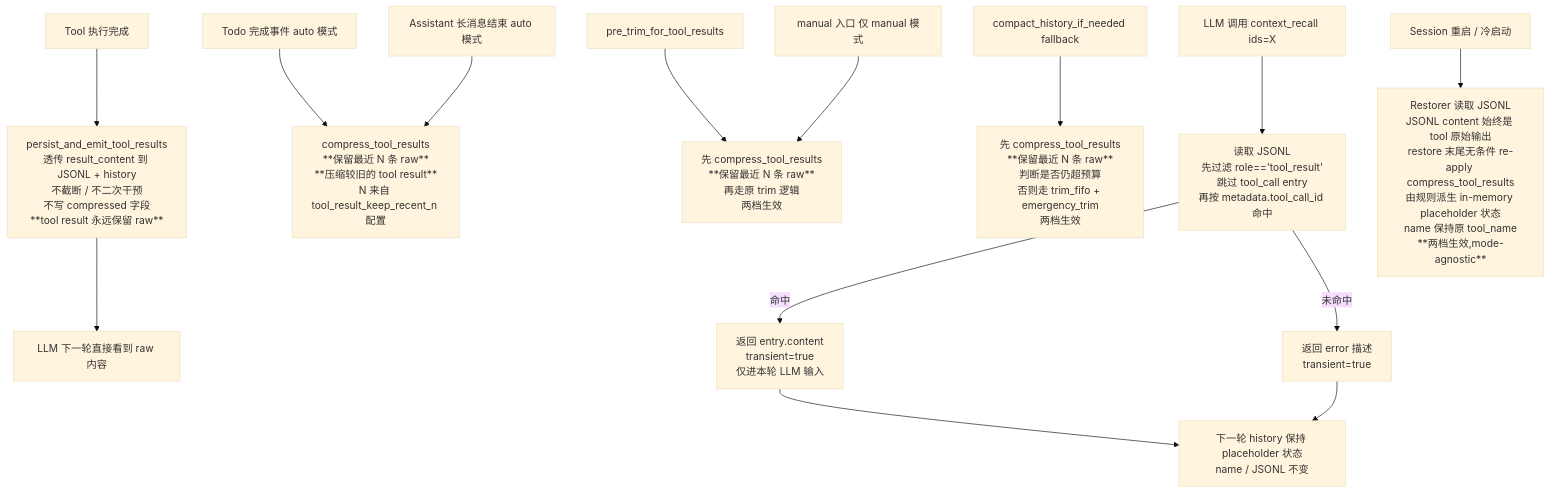
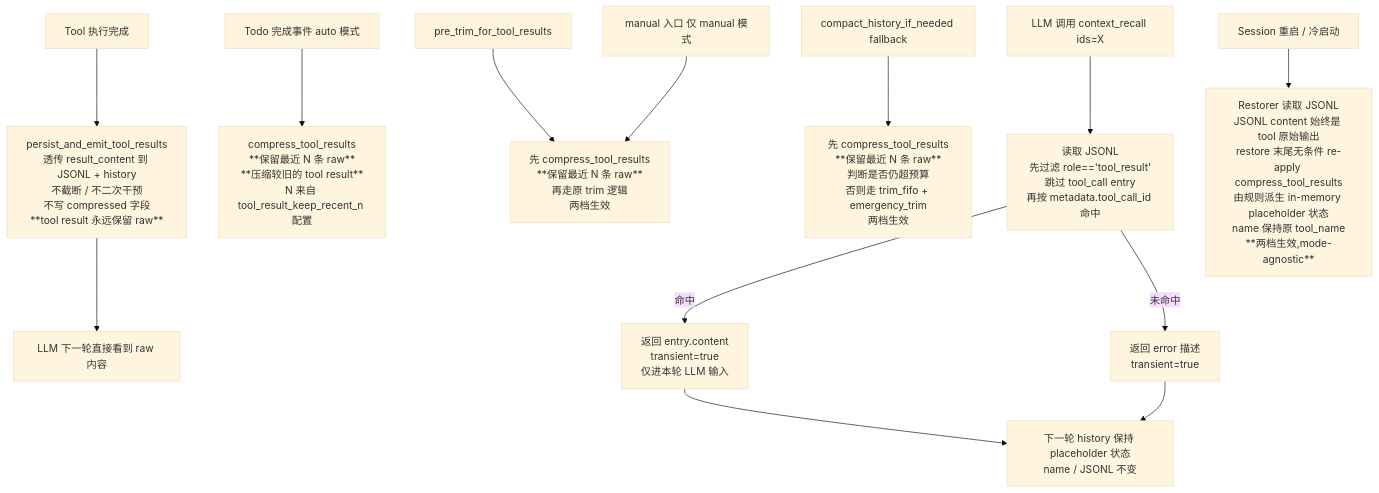
The diagram in docs/adr/zh/ADR-032-context-recall.md (tranxon/ACowork), drawn with Mermaid (base theme) before and after one commit. The commit also changed other lines of this file and 23 other files, not shown here.

````diff
--- a/docs/adr/zh/ADR-032-context-recall.md
+++ b/docs/adr/zh/ADR-032-context-recall.md
@@ -762,19 +723,18 @@
 ```mermaid
 graph TD
     A[Tool 执行完成] --> B[persist_and_emit_tool_results<br/>透传 result_content 到 JSONL + history<br/>不截断 / 不二次干预<br/>不写 compressed 字段<br/>**tool result 永远保留 raw**]
     B --> Z[LLM 下一轮直接看到 raw 内容]
 
     F[Todo 完成事件 auto 模式] --> G[compress_tool_results<br/>**保留最近 N 条 raw**<br/>**压缩较旧的 tool result**<br/>N 来自 tool_result_keep_recent_n 配置]
-    FF[Assistant 长消息结束 auto 模式] --> G
     H[pre_trim_for_tool_results] --> I[先 compress_tool_results<br/>**保留最近 N 条 raw**<br/>再走原 trim 逻辑<br/>两档生效]
     J[compact_history_if_needed fallback] --> K[先 compress_tool_results<br/>**保留最近 N 条 raw**<br/>判断是否仍超预算<br/>否则走 trim_fifo + emergency_trim<br/>两档生效]
     MM[manual 入口 仅 manual 模式] --> I
 
     L[LLM 调用 context_recall ids=X] --> M[读取 JSONL<br/>先过滤 role=='tool_result'<br/>跳过 tool_call entry<br/>再按 metadata.tool_call_id 命中]
     M -- 命中 --> N[返回 entry.content<br/>transient=true<br/>仅进本轮 LLM 输入]
     M -- 未命中 --> O[返回 error 描述<br/>transient=true]
     N --> P[下一轮 history 保持 placeholder 状态<br/>name / JSONL 不变]
     O --> P
 
     Q[Session 重启 / 冷启动] --> R[Restorer 读取 JSONL<br/>JSONL content 始终是 tool 原始输出<br/>restore 末尾无条件 re-apply compress_tool_results<br/>由规则派生 in-memory placeholder 状态<br/>name 保持原 tool_name<br/>**两档生效,mode-agnostic**]
 ```
````
